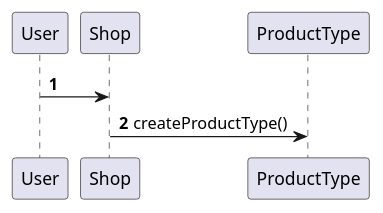
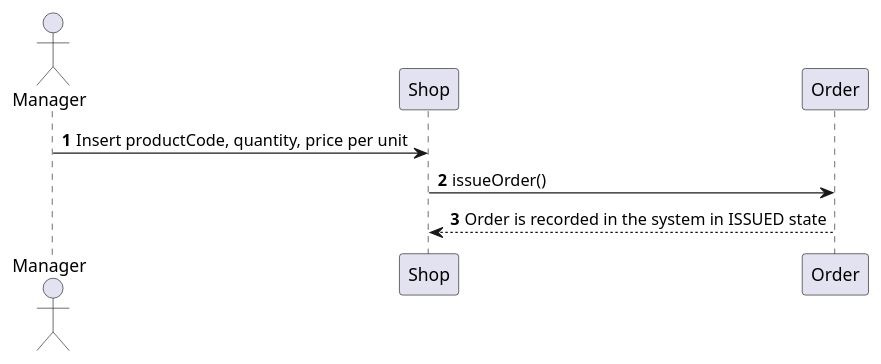
Before and after one commit to b3xul/ezshop: the ninth of 14 diagrams in Deliverables/DesignDocument.md, drawn with PlantUML. The commit also changed other lines of this file and 1 other file, not shown here.

Commit message:
updated sequences

````diff
--- a/Deliverables/DesignDocument.md
+++ b/Deliverables/DesignDocument.md
@@ -393,13 +377,14 @@
 ```plantuml
 @startuml
 
-participant User 
+actor Manager
 participant Shop
-participant ProductType
+participant Order
 
-autonumber
-User -> Shop
-Shop -> ProductType: createProductType()
+autonumber 
+Manager -> Shop: Insert productCode, quantity, price per unit
+Shop -> Order: issueOrder()
+Order --> Shop: Order is recorded in the system in ISSUED state
 
 @enduml
 ```
````
